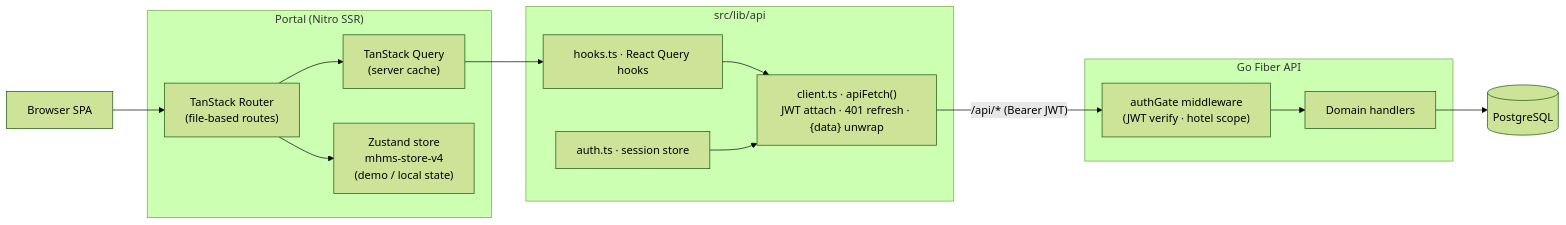
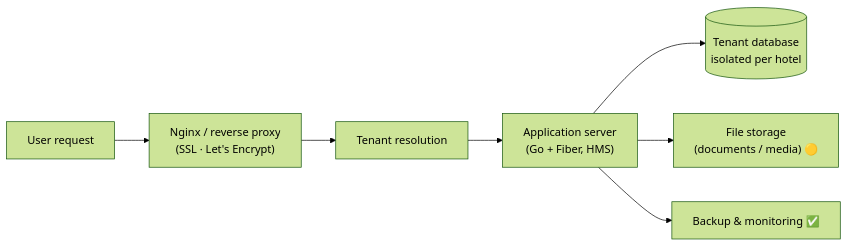
Before and after one commit to jasmeet15069/HmsAdminStaffPortal: the second of 10 diagrams in docs/ARCHITECTURE.md, drawn with Mermaid (forest theme). The commit also changed other lines of this file, not shown here.

First line of the commit message:
docs: rewrite ARCHITECTURE to match target diagram; scrub IPs

````diff
--- a/docs/ARCHITECTURE.md
+++ b/docs/ARCHITECTURE.md
@@ -65,30 +58,9 @@
 ```mermaid
 flowchart LR
-    B[Browser SPA]
-
-    subgraph Portal["Portal (Nitro SSR)"]
-        ROUTER["TanStack Router<br/>(file-based routes)"]
-        RQ["TanStack Query<br/>(server cache)"]
-        ZU["Zustand store<br/>mhms-store-v4<br/>(demo / local state)"]
-    end
-
-    subgraph Client["src/lib/api"]
-        CLIENT["client.ts · apiFetch()<br/>JWT attach · 401 refresh · {data} unwrap"]
-        HOOKS["hooks.ts · React Query hooks"]
-        AUTH["auth.ts · session store"]
-    end
-
-    subgraph GoAPI["Go Fiber API"]
-        MW["authGate middleware<br/>(JWT verify · hotel scope)"]
-        H["Domain handlers"]
-    end
-
-    DB[("PostgreSQL")]
-
-    B --> ROUTER
-    ROUTER --> RQ
-    ROUTER --> ZU
-    RQ --> HOOKS --> CLIENT
-    AUTH --> CLIENT
-    CLIENT -- "/api/* (Bearer JWT)" --> MW --> H --> DB
+    U["User request"] --> NG["Nginx / reverse proxy<br/>(SSL · Let's Encrypt)"]
+    NG --> TR["Tenant resolution"]
+    TR --> APP["Application server<br/>(Go + Fiber, HMS)"]
+    APP --> TDB[("Tenant database<br/>isolated per hotel")]
+    APP --> FS["File storage<br/>(documents / media) 🟡"]
+    APP --> BK["Backup & monitoring ✅"]
 ```
````
